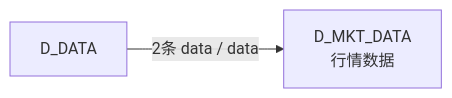
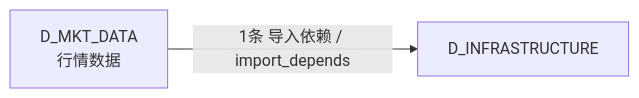
One commit to xuanFelixVan/ZephyrAlpha changed the fourth of 4 diagrams in docs/02_enterprise_architecture/02_domain_architecture_docs/20_d_mkt_data.md. Above: the diagram before and after it, drawn with Mermaid. The commit also changed other lines of this file and 126 other files, not shown here.

````diff
--- a/docs/02_enterprise_architecture/02_domain_architecture_docs/20_d_mkt_data.md
+++ b/docs/02_enterprise_architecture/02_domain_architecture_docs/20_d_mkt_data.md
@@ -159,6 +159,6 @@
 ```mermaid
 graph LR
     D_MKT_DATA["D_MKT_DATA<br/>行情数据"]
-    D_DATA["D_DATA"]
-    D_DATA -->|2条 data / data| D_MKT_DATA
+    D_INFRASTRUCTURE["D_INFRASTRUCTURE"]
+    D_MKT_DATA -->|1条 导入依赖 / import_depends| D_INFRASTRUCTURE
 ```
````
